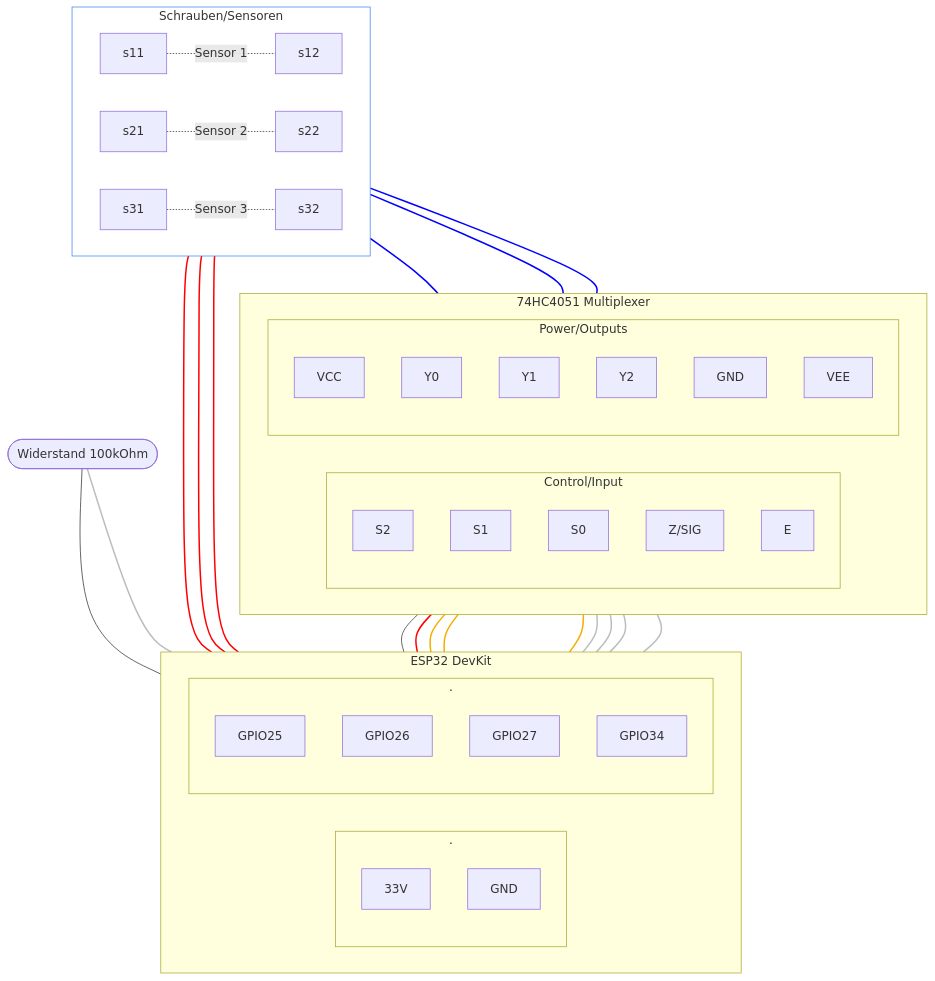
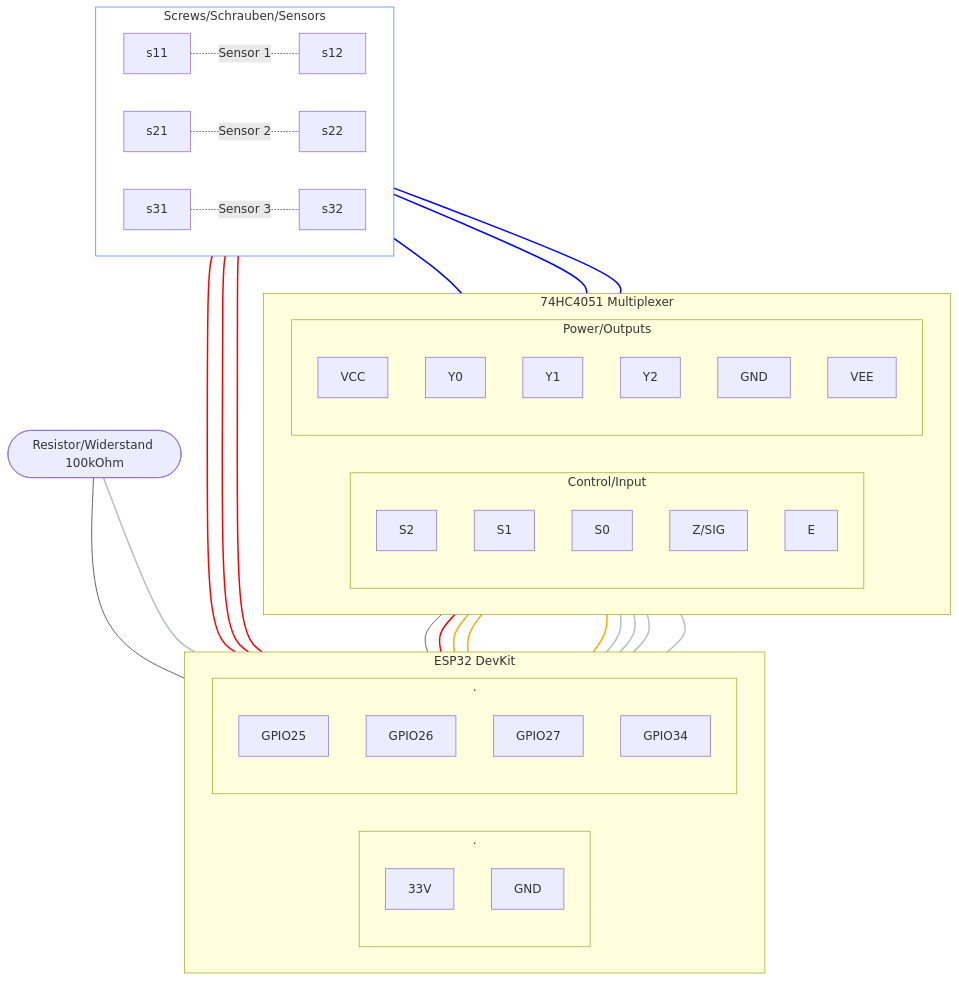
The diagram in README.md (Simoliv/esp32-hygrometer), drawn with Mermaid before and after one commit. The commit also changed other lines of this file, not shown here.

```diff
--- a/README.md
+++ b/README.md
@@ -54,13 +54,13 @@
   s22 --- MY1
   s31 --- 33V
   s32 --- MY2
- 
+  
   GND --- MGND
   GND --- MPIN7
   GND --- MGND
   GND --- MPIN6
 
-  RI([Widerstand 100kOhm])
+  RI([Resistor/Widerstand 100kOhm])
 
   subgraph esp32 [ESP32 DevKit]
     direction LR
@@ -74,7 +74,7 @@
       GPIO25
       GPIO26
       GPIO27
-      GPIO34
+      GPIO34  
     end
   end
 
@@ -100,7 +100,7 @@
     end
   end
 
-  subgraph sensors[Schrauben/Sensoren]
+  subgraph sensors[Screws/Schrauben/Sensors]
     direction LR
     s11 -. Sensor 1 .- s12
     s21 -. Sensor 2 .- s22
```
